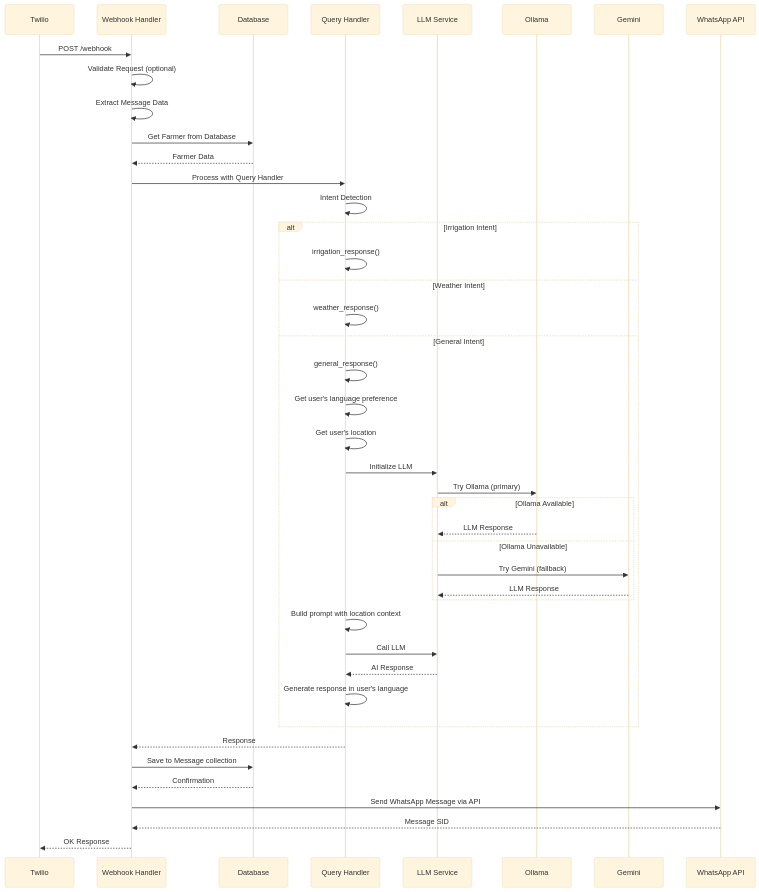
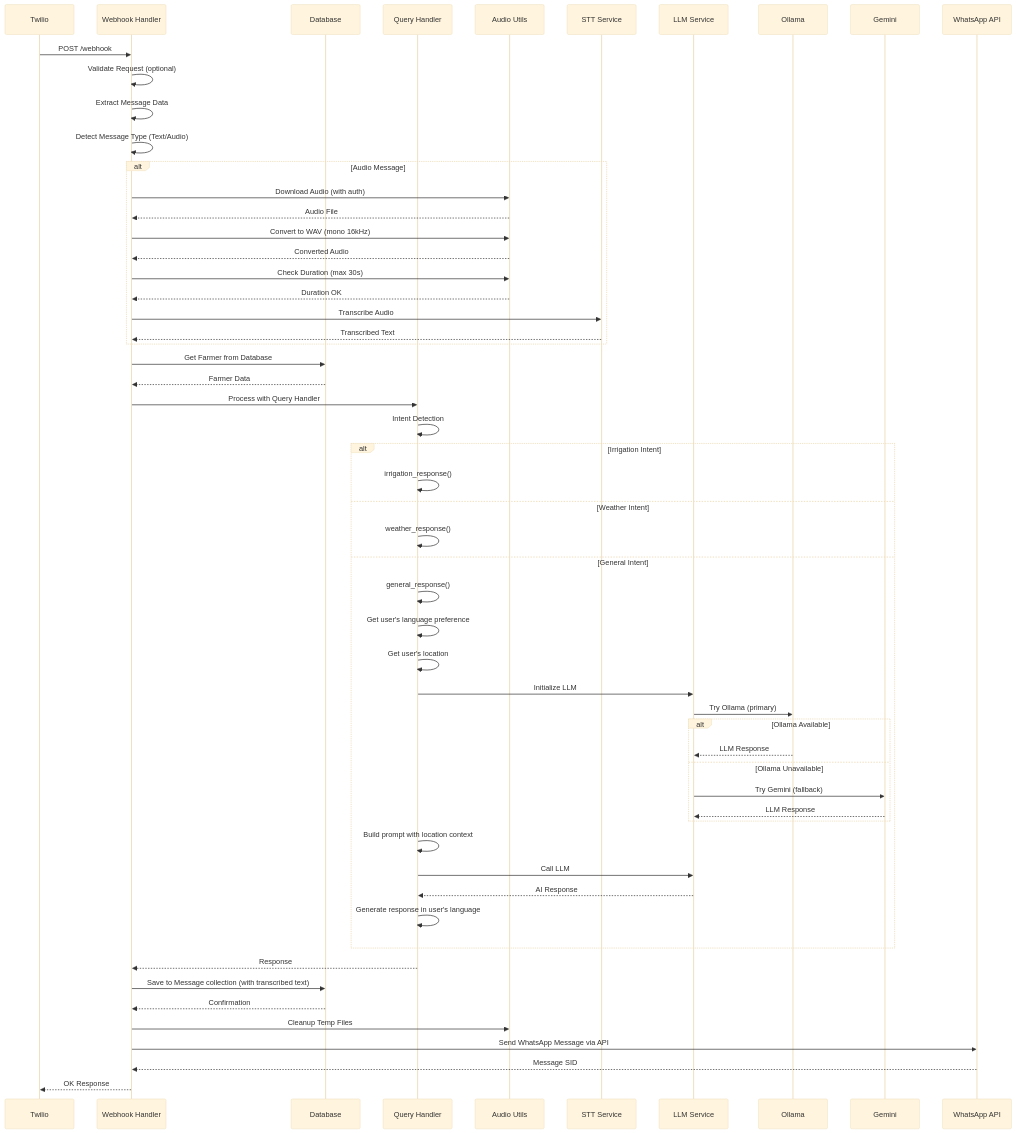
One commit to yashdark01/Krashaq-Ai changed the fourth of 4 diagrams in backend/ARCHITECTURE.md. Above: the diagram before and after it, drawn with Mermaid (base theme). The commit also changed other lines of this file and 1 other file, not shown here.

Commit message:
update my documentations

````diff
--- a/backend/ARCHITECTURE.md
+++ b/backend/ARCHITECTURE.md
@@ -329,46 +331,62 @@
 ```mermaid
 sequenceDiagram
     participant T as Twilio
     participant W as Webhook Handler
     participant DB as Database
     participant Q as Query Handler
+    participant AU as Audio Utils
+    participant STT as STT Service
     participant L as LLM Service
     participant O as Ollama
     participant G as Gemini
     participant WA as WhatsApp API
 
     T->>W: POST /webhook
     W->>W: Validate Request (optional)
     W->>W: Extract Message Data
+    W->>W: Detect Message Type (Text/Audio)
+    
+    alt Audio Message
+        W->>AU: Download Audio (with auth)
+        AU-->>W: Audio File
+        W->>AU: Convert to WAV (mono 16kHz)
+        AU-->>W: Converted Audio
+        W->>AU: Check Duration (max 30s)
+        AU-->>W: Duration OK
+        W->>STT: Transcribe Audio
+        STT-->>W: Transcribed Text
+    end
+    
     W->>DB: Get Farmer from Database
     DB-->>W: Farmer Data
     W->>Q: Process with Query Handler
     Q->>Q: Intent Detection
     alt Irrigation Intent
         Q->>Q: irrigation_response()
     else Weather Intent
         Q->>Q: weather_response()
     else General Intent
         Q->>Q: general_response()
         Q->>Q: Get user's language preference
         Q->>Q: Get user's location
         Q->>L: Initialize LLM
         L->>O: Try Ollama (primary)
         alt Ollama Available
             O-->>L: LLM Response
         else Ollama Unavailable
             L->>G: Try Gemini (fallback)
             G-->>L: LLM Response
         end
         Q->>Q: Build prompt with location context
         Q->>L: Call LLM
         L-->>Q: AI Response
         Q->>Q: Generate response in user's language
     end
     Q-->>W: Response
-    W->>DB: Save to Message collection
+    W->>DB: Save to Message collection (with transcribed text)
     DB-->>W: Confirmation
+    W->>AU: Cleanup Temp Files
     W->>WA: Send WhatsApp Message via API
     WA-->>W: Message SID
     W-->>T: OK Response
 ```
````
